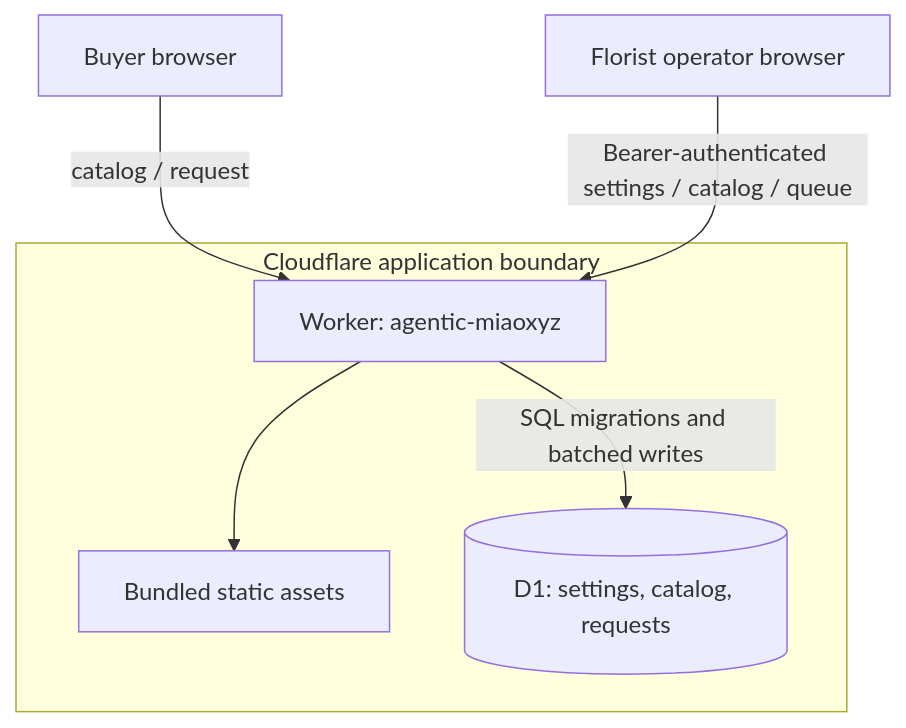
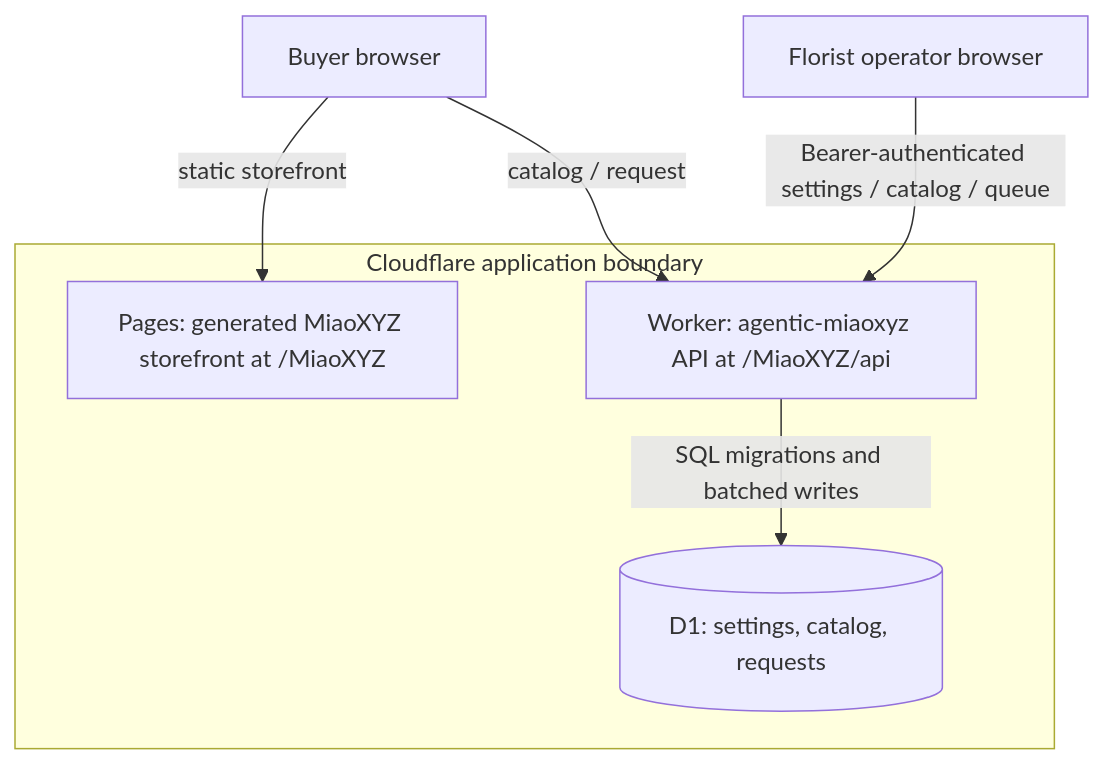
One commit to huijoohwee/agentic-graph changed the fourth of 4 diagrams in docs/documents/prd-tad-adr-mvp-gtm-miaoxyz.md. Above: the diagram before and after it, drawn with Mermaid. The commit also changed other lines of this file and 7 other files, not shown here.

````diff
--- a/docs/documents/prd-tad-adr-mvp-gtm-miaoxyz.md
+++ b/docs/documents/prd-tad-adr-mvp-gtm-miaoxyz.md
@@ -254,14 +254,14 @@
 ```mermaid
 flowchart TB
   Buyer[Buyer browser]
   Staff[Florist operator browser]
   subgraph Cloudflare[Cloudflare application boundary]
-    Worker[Worker: agentic-miaoxyz]
-    Assets[Bundled static assets]
+    Pages[Pages: generated MiaoXYZ storefront at /MiaoXYZ]
+    Worker[Worker: agentic-miaoxyz API at /MiaoXYZ/api]
     D1[(D1: settings, catalog, requests)]
   end
+  Buyer -->|static storefront| Pages
   Buyer -->|catalog / request| Worker
   Staff -->|Bearer-authenticated settings / catalog / queue| Worker
-  Worker --> Assets
   Worker -->|SQL migrations and batched writes| D1
 ```
````
